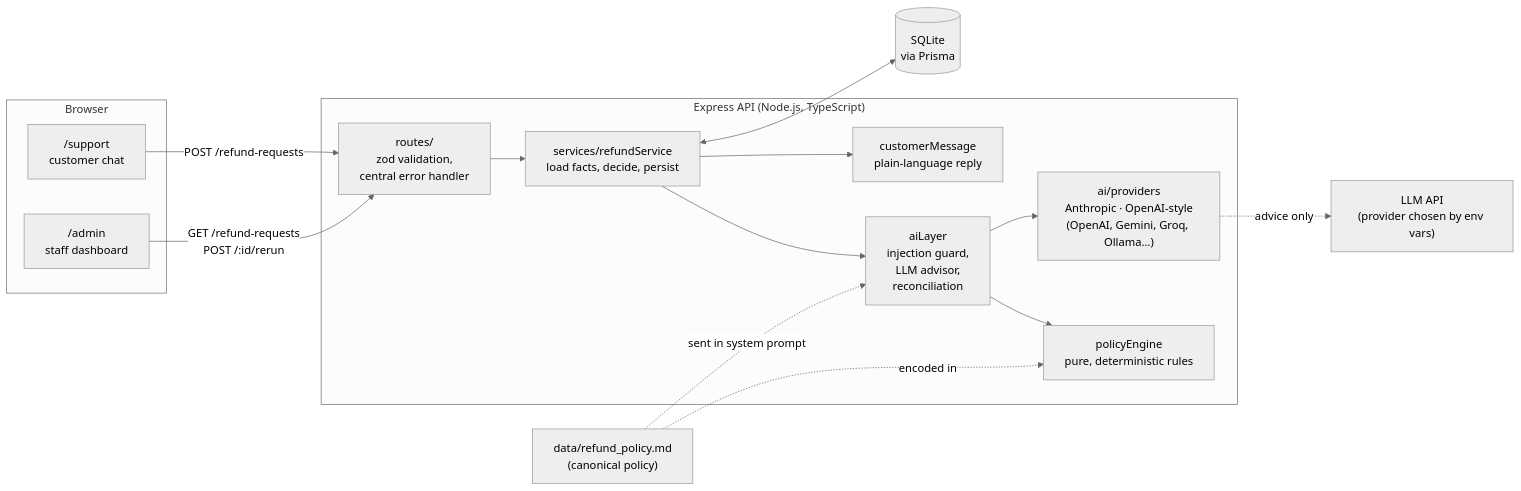
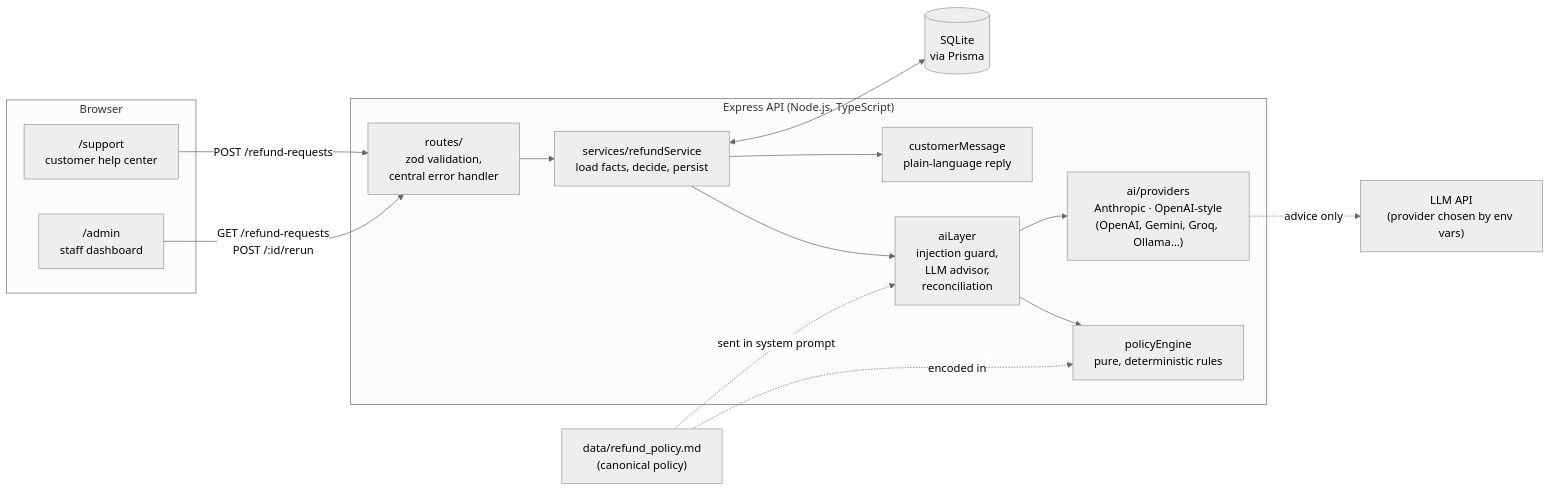
One commit to mendyx2/AI-refund-processing-app changed the diagram in README.md. Above: the diagram before and after it, drawn with Mermaid (neutral theme). The commit also changed other lines of this file and 29 other files, not shown here.

````diff
--- a/README.md
+++ b/README.md
@@ -121,32 +133,32 @@
 ```mermaid
 flowchart LR
   subgraph Browser
-    S["/support<br/>customer chat"]
+    S["/support<br/>customer help center"]
     A["/admin<br/>staff dashboard"]
   end
 
   subgraph Backend["Express API (Node.js, TypeScript)"]
     R["routes/<br/>zod validation,<br/>central error handler"]
     SVC["services/refundService<br/>load facts, decide, persist"]
     PE["policyEngine<br/>pure, deterministic rules"]
     AI["aiLayer<br/>injection guard,<br/>LLM advisor,<br/>reconciliation"]
     PR["ai/providers<br/>Anthropic · OpenAI-style<br/>(OpenAI, Gemini, Groq, Ollama…)"]
     CM["customerMessage<br/>plain-language reply"]
   end
 
   DB[("SQLite<br/>via Prisma")]
   C["LLM API<br/>(provider chosen by env vars)"]
   POL["data/refund_policy.md<br/>(canonical policy)"]
 
   S -- "POST /refund-requests" --> R
   A -- "GET /refund-requests<br/>POST /:id/rerun" --> R
   R --> SVC
   SVC --> AI
   AI --> PE
   AI --> PR
   PR -.->|advice only| C
   SVC --> CM
   SVC <--> DB
   POL -.->|encoded in| PE
   POL -.->|sent in system prompt| AI
 ```
````
